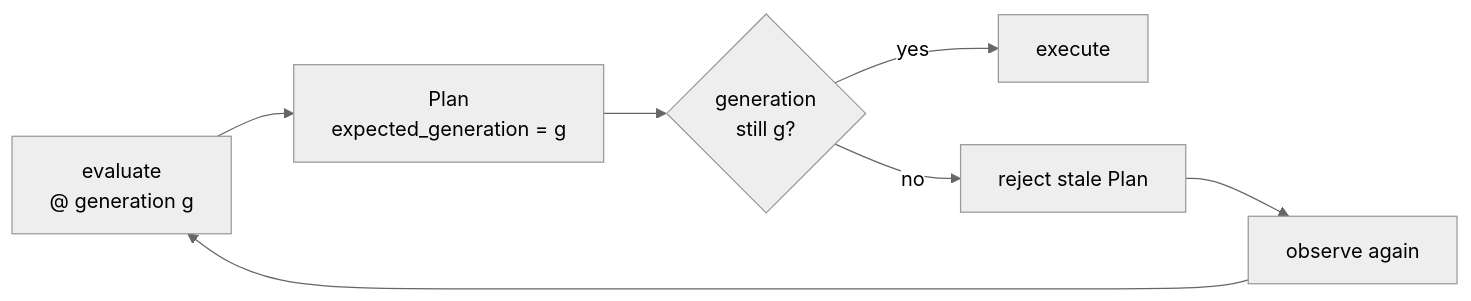
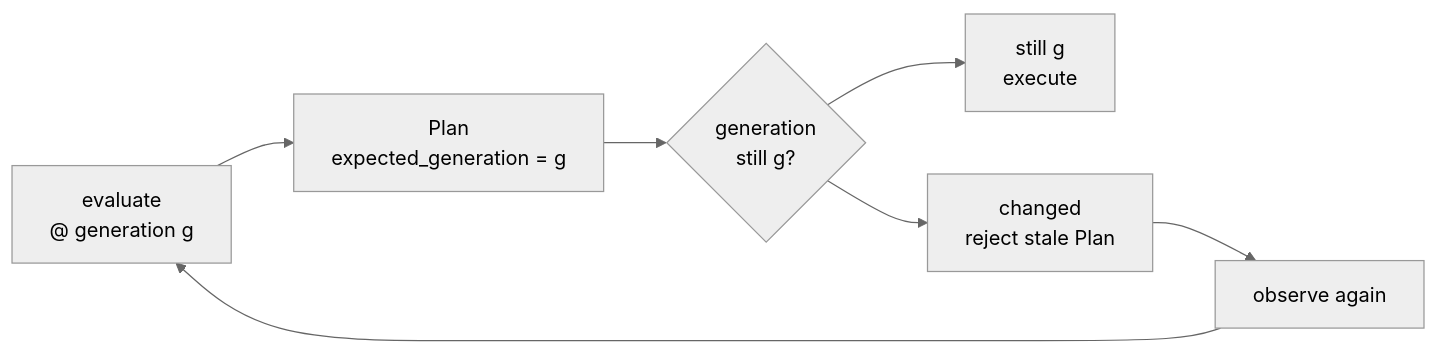
Before and after one commit to kmosoti/Nomos: the eighth of 8 diagrams in docs/architecture/runtime.md, drawn with Mermaid (neutral theme). The commit also changed other lines of this file and 7 other files, not shown here.

First line of the commit message:
Fix Mermaid diagrams that fail to render on GitHub

````diff
--- a/docs/architecture/runtime.md
+++ b/docs/architecture/runtime.md
@@ -126,6 +133,6 @@
 ```mermaid
 flowchart LR
     E["evaluate<br/>@ generation g"] --> P["Plan<br/>expected_generation = g"] --> V{"generation<br/>still g?"}
-    V -->|yes| X["execute"]
-    V -->|no| R["reject stale Plan"] --> O["observe again"] --> E
+    V --> X["still g<br/>execute"]
+    V --> R["changed<br/>reject stale Plan"] --> O["observe again"] --> E
 ```
````
